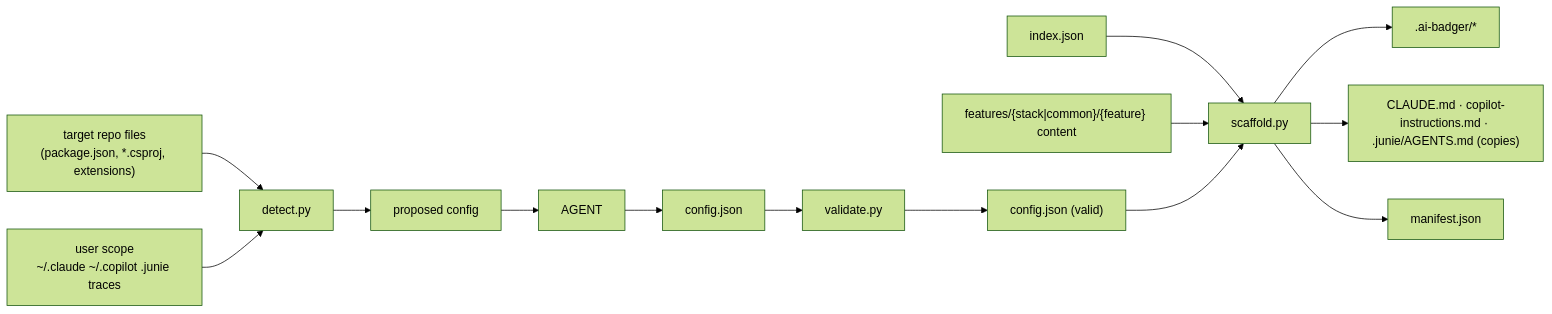
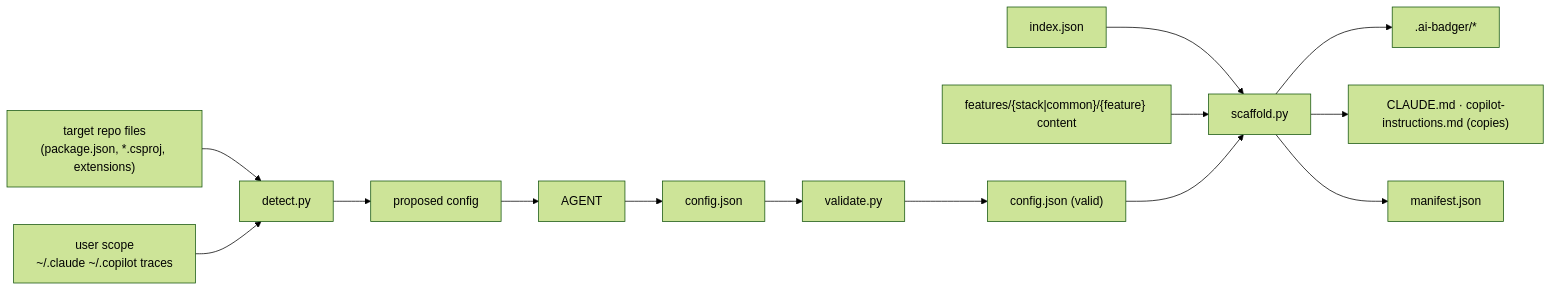
Before and after one commit to Arasz/ai-badger: the first of 2 diagrams in docs/framework-architecture.md, drawn with Mermaid (forest theme). The commit also changed other lines of this file and 58 other files, not shown here.

First line of the commit message:
feat(agents): remove junie support — three-agent scope (claude, copilot, hermes) (#317)

````diff
--- a/docs/framework-architecture.md
+++ b/docs/framework-architecture.md
@@ -332,15 +330,15 @@
 ```mermaid
 flowchart LR
   REPO["target repo files\n(package.json, *.csproj, extensions)"] --> DET["detect.py"]
-  USER["user scope\n~/.claude ~/.copilot .junie traces"] --> DET
+  USER["user scope\n~/.claude ~/.copilot traces"] --> DET
   DET --> PC["proposed config"]
   PC --> AG["AGENT"]
   AG --> CFG["config.json"]
   CFG --> VAL["validate.py"] --> CFGok["config.json (valid)"]
   IDX["index.json"] --> SCAF["scaffold.py"]
   CATALOG["features/{stack|common}/{feature} content"] --> SCAF
   CFGok --> SCAF
   SCAF --> AIB[".ai-badger/*"]
-  SCAF --> COPIES["CLAUDE.md · copilot-instructions.md · .junie/AGENTS.md (copies)"]
+  SCAF --> COPIES["CLAUDE.md · copilot-instructions.md (copies)"]
   SCAF --> MAN["manifest.json"]
 ```
````
